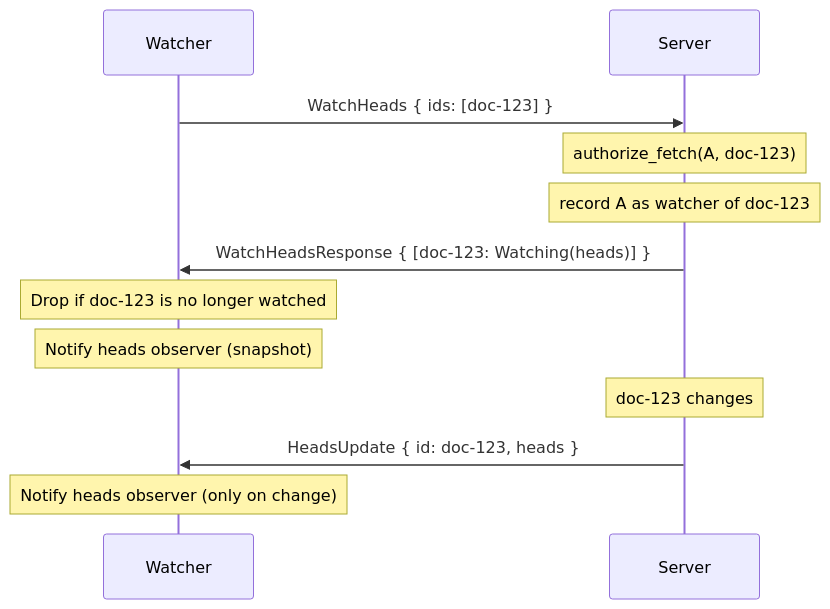
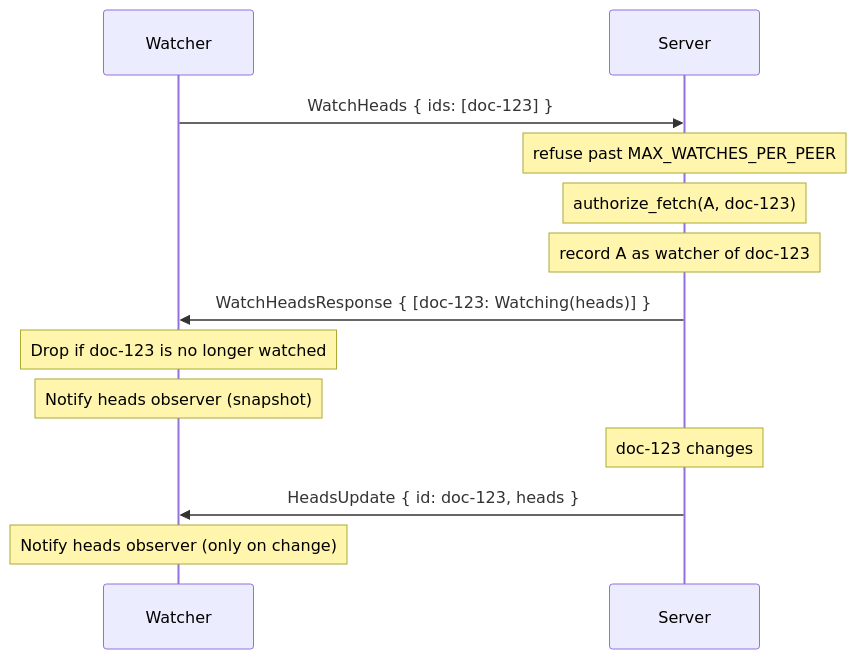
Before and after one commit to inkandswitch/subduction: the eighth of 8 diagrams in design/sync/subscriptions.md, drawn with Mermaid. The commit also changed other lines of this file and 13 other files, not shown here.

````diff
--- a/design/sync/subscriptions.md
+++ b/design/sync/subscriptions.md
@@ -321,16 +321,17 @@
 ```mermaid
 sequenceDiagram
     participant A as Watcher
     participant B as Server
 
     A->>B: WatchHeads { ids: [doc-123] }
+    Note over B: refuse past MAX_WATCHES_PER_PEER
     Note over B: authorize_fetch(A, doc-123)
     Note over B: record A as watcher of doc-123
     B->>A: WatchHeadsResponse { [doc-123: Watching(heads)] }
     Note over A: Drop if doc-123 is no longer watched
     Note over A: Notify heads observer (snapshot)
 
     Note over B: doc-123 changes
     B->>A: HeadsUpdate { id: doc-123, heads }
     Note over A: Notify heads observer (only on change)
 ```
````
